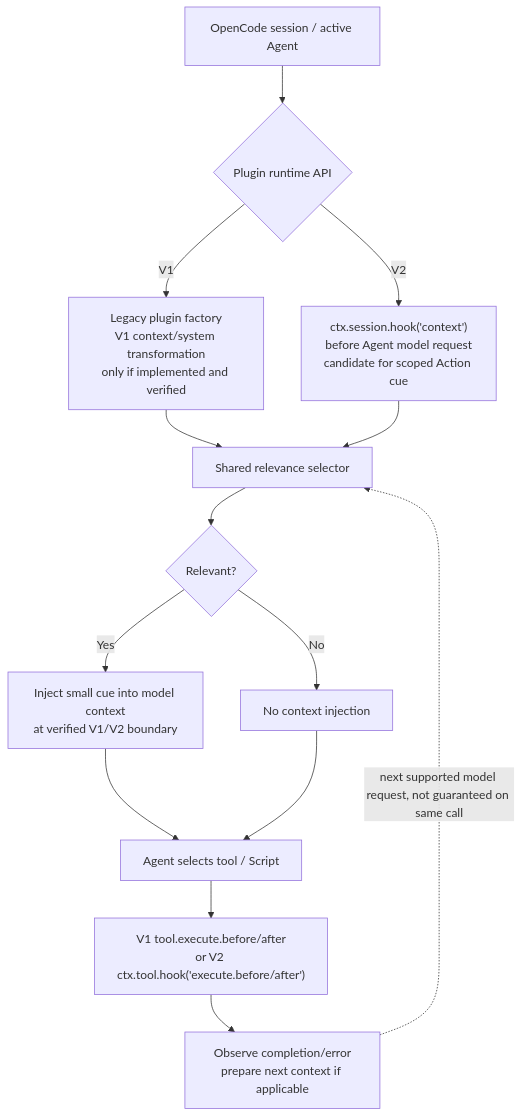
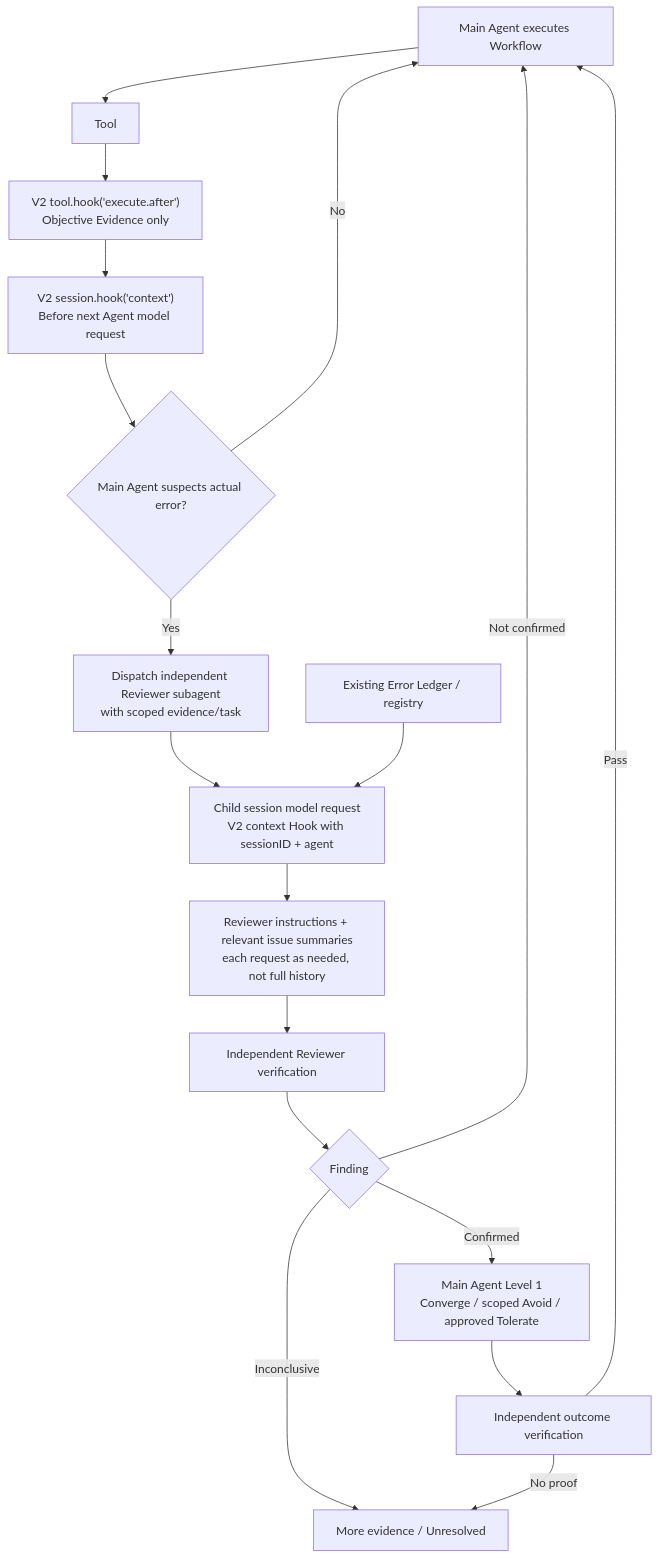
One commit to dyphn1/Harness-everything changed the fourth of 4 diagrams in docs/discussions/error-hook-framework/hosts.md. Above: the diagram before and after it, drawn with Mermaid. The commit also changed other lines of this file, not shown here.

Commit message:
docs(hooks): supersede OpenCode V1/V2 timing sketch with V2-only event mapping (#439)

````diff
--- a/docs/discussions/error-hook-framework/hosts.md
+++ b/docs/discussions/error-hook-framework/hosts.md
@@ -108,16 +110,20 @@
 ```mermaid
 flowchart TD
-    START["OpenCode session / active Agent"] --> VER{"Plugin runtime API"}
-    VER -->|V1| V1["Legacy plugin factory<br/>V1 context/system transformation<br/>only if implemented and verified"]
-    VER -->|V2| V2["ctx.session.hook('context')<br/>before Agent model request<br/>candidate for scoped Action cue"]
-    V1 --> SEL["Shared relevance selector"]
-    V2 --> SEL
-    SEL --> MATCH{"Relevant?"}
-    MATCH -->|No| QUIET["No context injection"]
-    MATCH -->|Yes| CTX["Inject small cue into model context<br/>at verified V1/V2 boundary"]
-    CTX --> AG["Agent selects tool / Script"]
-    QUIET --> AG
-    AG --> TOOL["V1 tool.execute.before/after<br/>or V2 ctx.tool.hook('execute.before/after')"]
-    TOOL --> OBS["Observe completion/error<br/>prepare next context if applicable"]
-    OBS -. "next supported model request, not guaranteed on same call" .-> SEL
+    M["Main Agent executes Workflow"] --> T["Tool"]
+    T --> E["V2 tool.hook('execute.after')<br/>Objective Evidence only"]
+    E --> Q["V2 session.hook('context')<br/>Before next Agent model request"]
+    Q --> S{"Main Agent suspects actual error?"}
+    S -->|No| M
+    S -->|Yes| R["Dispatch independent Reviewer subagent<br/>with scoped evidence/task"]
+    R --> C["Child session model request<br/>V2 context Hook with sessionID + agent"]
+    L["Existing Error Ledger / registry"] --> C
+    C --> P["Reviewer instructions + relevant issue summaries<br/>each request as needed, not full history"]
+    P --> V["Independent Reviewer verification"]
+    V --> F{"Finding"}
+    F -->|Not confirmed| M
+    F -->|Inconclusive| U["More evidence / Unresolved"]
+    F -->|Confirmed| H["Main Agent Level 1<br/>Converge / scoped Avoid / approved Tolerate"]
+    H --> O["Independent outcome verification"]
+    O -->|Pass| M
+    O -->|No proof| U
 ```
````
